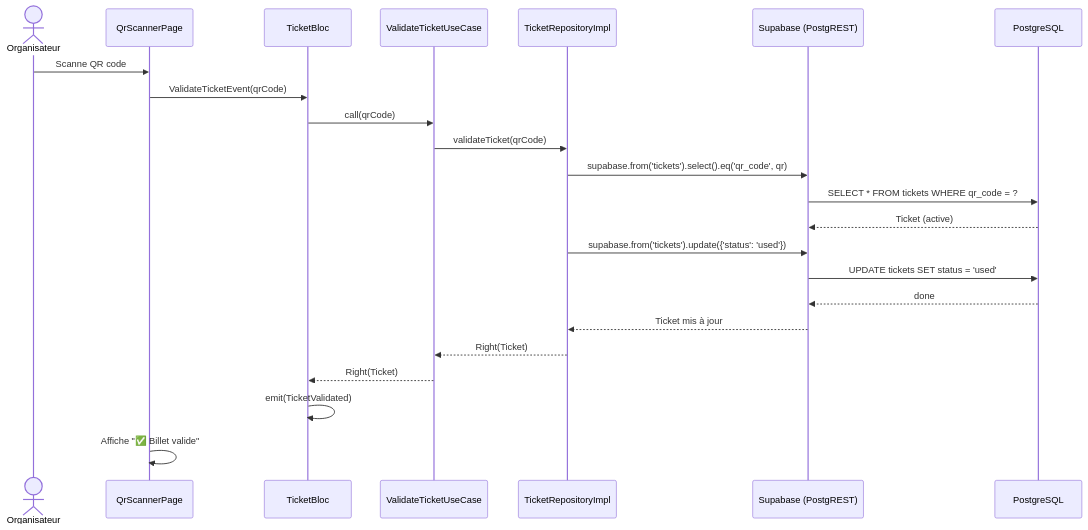
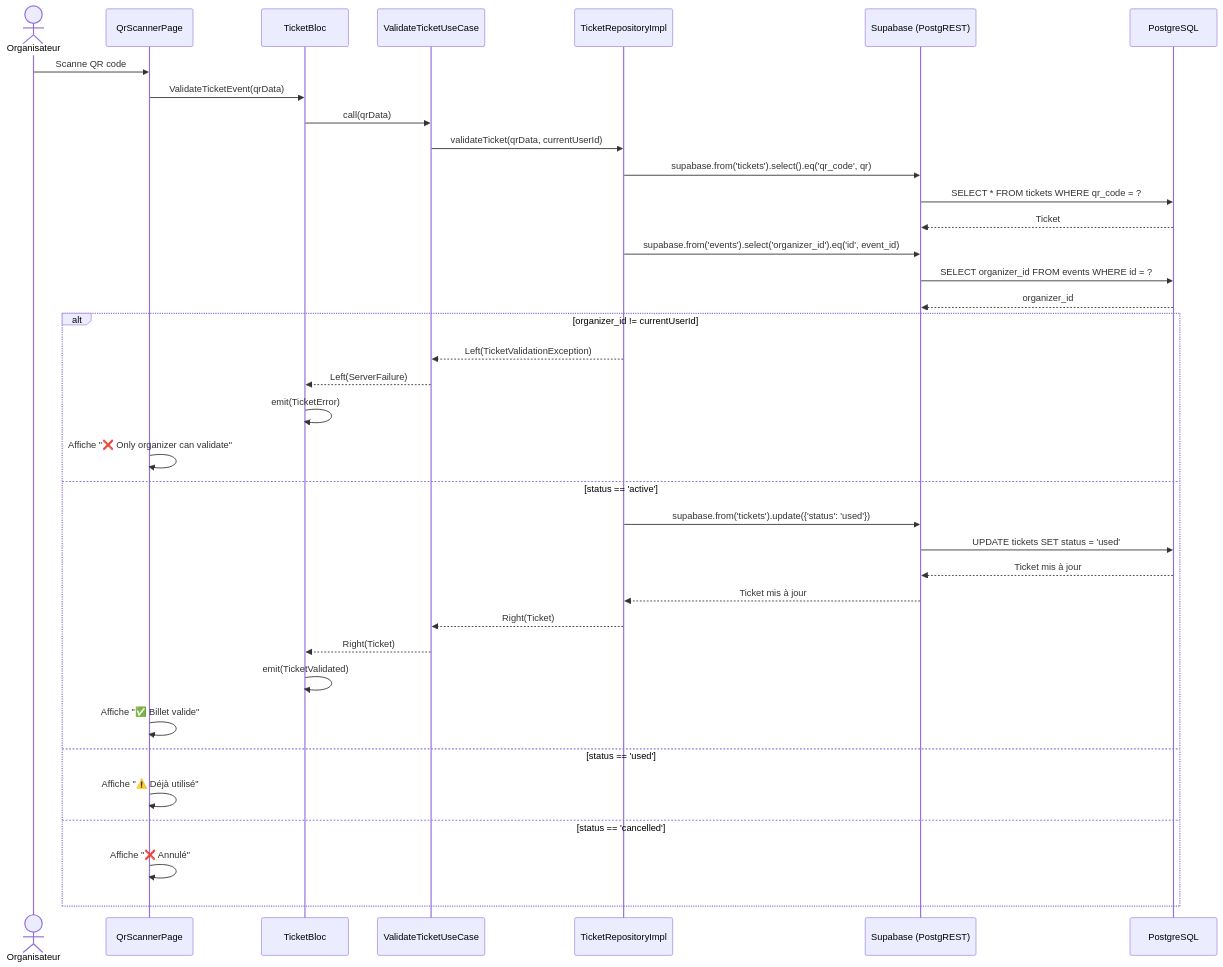
One commit to 24231-Brahim/pi-eventhub changed the eighth of 13 diagrams in FICHE_EXTRACTION_EVENTHUB.md. Above: the diagram before and after it, drawn with Mermaid. The commit also changed other lines of this file and 22 other files, not shown here.

````diff
--- a/FICHE_EXTRACTION_EVENTHUB.md
+++ b/FICHE_EXTRACTION_EVENTHUB.md
@@ -854,26 +866,40 @@
 ```mermaid
 sequenceDiagram
     actor Org as Organisateur
     participant SCAN as QrScannerPage
     participant TBLOC as TicketBloc
     participant UC as ValidateTicketUseCase
     participant REPO as TicketRepositoryImpl
     participant API as Supabase (PostgREST)
     participant DB as PostgreSQL
 
     Org->>SCAN: Scanne QR code
-    SCAN->>TBLOC: ValidateTicketEvent(qrCode)
-    TBLOC->>UC: call(qrCode)
-    UC->>REPO: validateTicket(qrCode)
+    SCAN->>TBLOC: ValidateTicketEvent(qrData)
+    TBLOC->>UC: call(qrData)
+    UC->>REPO: validateTicket(qrData, currentUserId)
     REPO->>API: supabase.from('tickets').select().eq('qr_code', qr)
     API->>DB: SELECT * FROM tickets WHERE qr_code = ?
-    DB-->>API: Ticket (active)
-    REPO->>API: supabase.from('tickets').update({'status': 'used'})
-    API->>DB: UPDATE tickets SET status = 'used'
-    DB-->>API: done
-    API-->>REPO: Ticket mis à jour
-    REPO-->>UC: Right(Ticket)
-    UC-->>TBLOC: Right(Ticket)
-    TBLOC->>TBLOC: emit(TicketValidated)
-    SCAN->>SCAN: Affiche "✅ Billet valide"
+    DB-->>API: Ticket
+    REPO->>API: supabase.from('events').select('organizer_id').eq('id', event_id)
+    API->>DB: SELECT organizer_id FROM events WHERE id = ?
+    DB-->>API: organizer_id
+    alt organizer_id != currentUserId
+        REPO-->>UC: Left(TicketValidationException)
+        UC-->>TBLOC: Left(ServerFailure)
+        TBLOC->>TBLOC: emit(TicketError)
+        SCAN->>SCAN: Affiche "❌ Only organizer can validate"
+    else status == 'active'
+        REPO->>API: supabase.from('tickets').update({'status': 'used'})
+        API->>DB: UPDATE tickets SET status = 'used'
+        DB-->>API: Ticket mis à jour
+        API-->>REPO: Ticket mis à jour
+        REPO-->>UC: Right(Ticket)
+        UC-->>TBLOC: Right(Ticket)
+        TBLOC->>TBLOC: emit(TicketValidated)
+        SCAN->>SCAN: Affiche "✅ Billet valide"
+    else status == 'used'
+        SCAN->>SCAN: Affiche "⚠️ Déjà utilisé"
+    else status == 'cancelled'
+        SCAN->>SCAN: Affiche "❌ Annulé"
+    end
 ```
````
